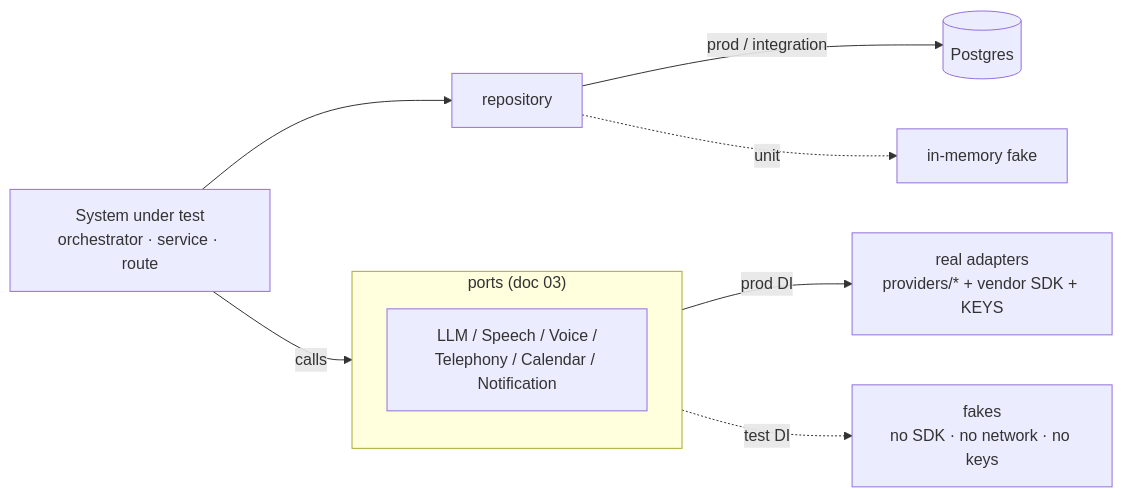
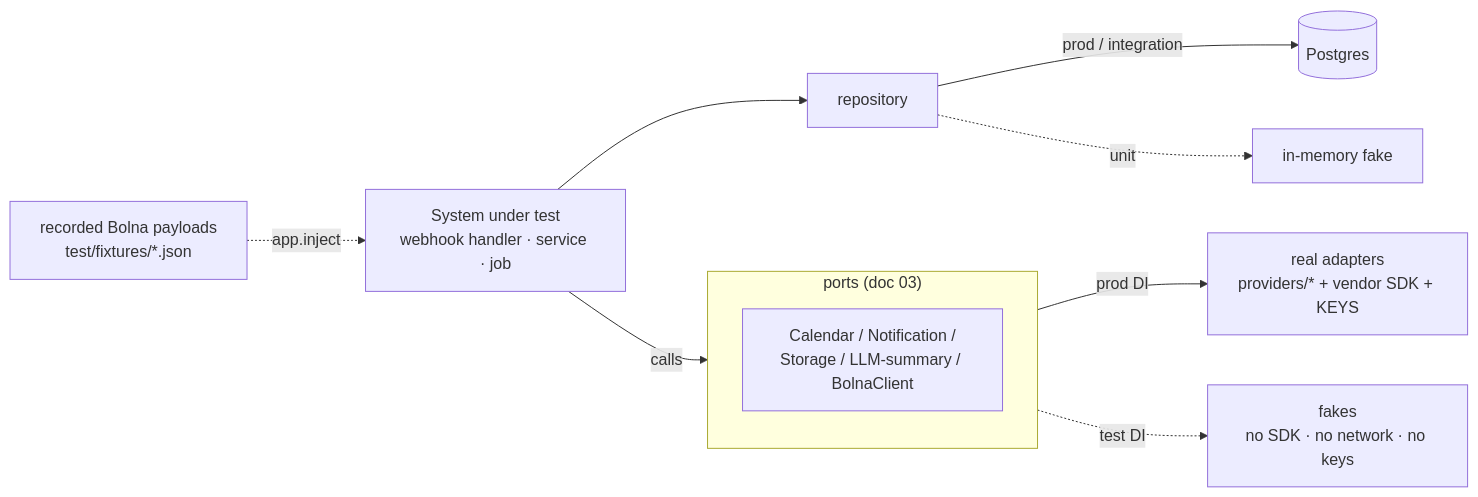
The first of 2 diagrams in docs/19_TESTING.md (gandhi120/RecruitPilot_AI), drawn with Mermaid before and after one commit. The commit also changed other lines of this file and 34 other files, not shown here.

First line of the commit message:
docs: pivot voice stack to Bolna; archive DIY vendor docs as phase-2 reference

````diff
--- a/docs/19_TESTING.md
+++ b/docs/19_TESTING.md
@@ -68,13 +70,14 @@
 ```mermaid
 flowchart LR
-    SUT[System under test<br/>orchestrator · service · route]
+    SUT[System under test<br/>webhook handler · service · job]
     subgraph PORTS["ports (doc 03)"]
-        P[LLM / Speech / Voice /<br/>Telephony / Calendar / Notification]
+        P[Calendar / Notification /<br/>Storage / LLM-summary / BolnaClient]
     end
+    FIX[recorded Bolna payloads<br/>test/fixtures/*.json] -.->|app.inject| SUT
     SUT -->|calls| PORTS
     PORTS -->|prod DI| ADP[real adapters<br/>providers/* + vendor SDK + KEYS]
     PORTS -.->|test DI| FAKE[fakes<br/>no SDK · no network · no keys]
     SUT --> REPO[repository]
     REPO -->|prod / integration| DB[(Postgres)]
     REPO -.->|unit| MEM[in-memory fake]
 ```
````
